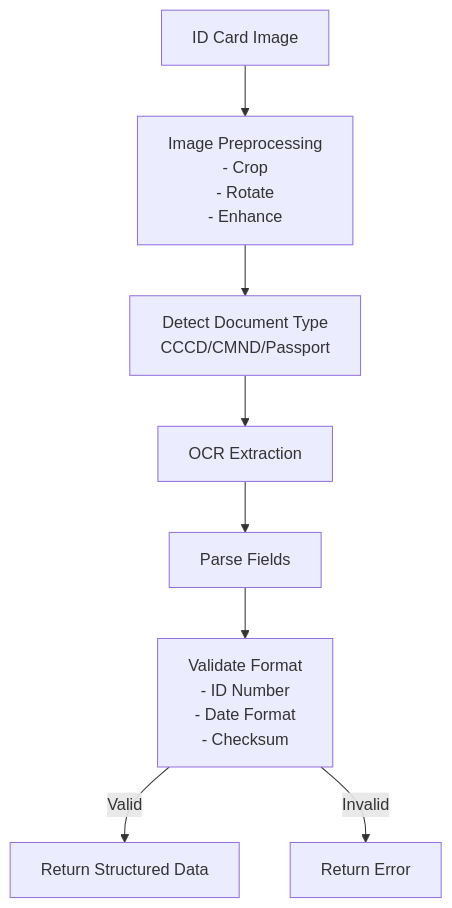
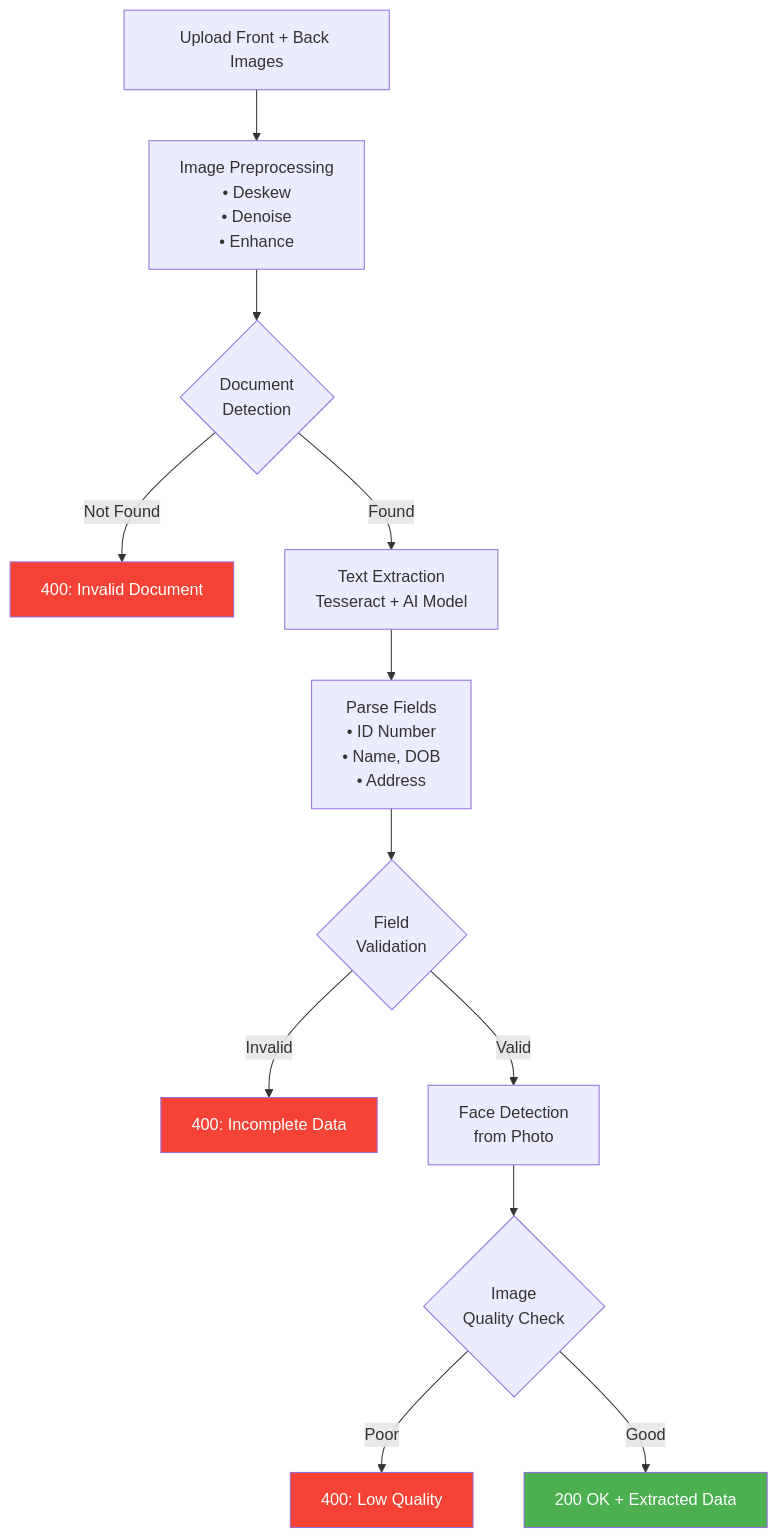
The third of 8 diagrams in 07-Dich-vu-Dinh-danh-eKYC.md (huuhoait/openbanking-vn-specs), drawn with Mermaid before and after one commit. The commit also changed other lines of this file and 14 other files, not shown here.

````diff
--- a/07-Dich-vu-Dinh-danh-eKYC.md
+++ b/07-Dich-vu-Dinh-danh-eKYC.md
@@ -118,14 +162,25 @@
 ```mermaid
 graph TB
-    Image[ID Card Image]
+    Upload[Upload Front + Back Images]
     
-    Image --> Preprocess[Image Preprocessing<br/>- Crop<br/>- Rotate<br/>- Enhance]
-    Preprocess --> Detect[Detect Document Type<br/>CCCD/CMND/Passport]
-    Detect --> Extract[OCR Extraction]
+    Upload --> Preprocess[Image Preprocessing<br/>• Deskew<br/>• Denoise<br/>• Enhance]
     
-    Extract --> Parse[Parse Fields]
-    Parse --> Validate[Validate Format<br/>- ID Number<br/>- Date Format<br/>- Checksum]
+    Preprocess --> Detect{Document<br/>Detection}
+    Detect -->|Not Found| Error1[400: Invalid Document]
+    Detect -->|Found| Extract[Text Extraction<br/>Tesseract + AI Model]
     
-    Validate -->|Valid| Return[Return Structured Data]
-    Validate -->|Invalid| Error[Return Error]
+    Extract --> Parse[Parse Fields<br/>• ID Number<br/>• Name, DOB<br/>• Address]
+    
+    Parse --> Validate{Field<br/>Validation}
+    Validate -->|Invalid| Error2[400: Incomplete Data]
+    Validate -->|Valid| FaceDetect[Face Detection<br/>from Photo]
+    
+    FaceDetect --> Quality{Image<br/>Quality Check}
+    Quality -->|Poor| Error3[400: Low Quality]
+    Quality -->|Good| Success[200 OK + Extracted Data]
+    
+    style Error1 fill:#f44336,color:#fff
+    style Error2 fill:#f44336,color:#fff
+    style Error3 fill:#f44336,color:#fff
+    style Success fill:#4caf50,color:#fff
 ```
````
